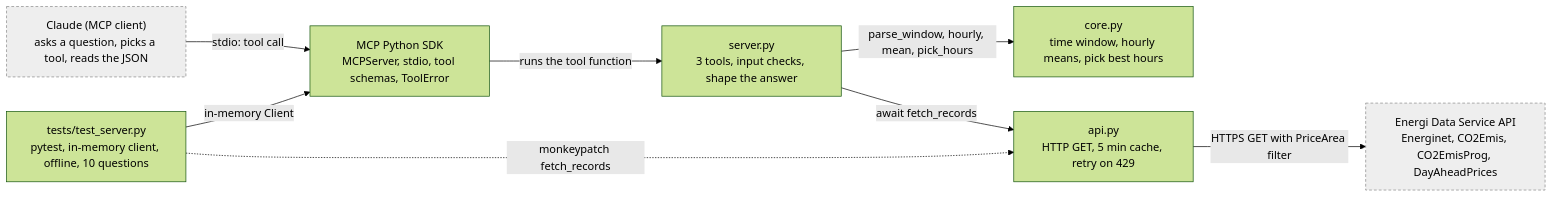
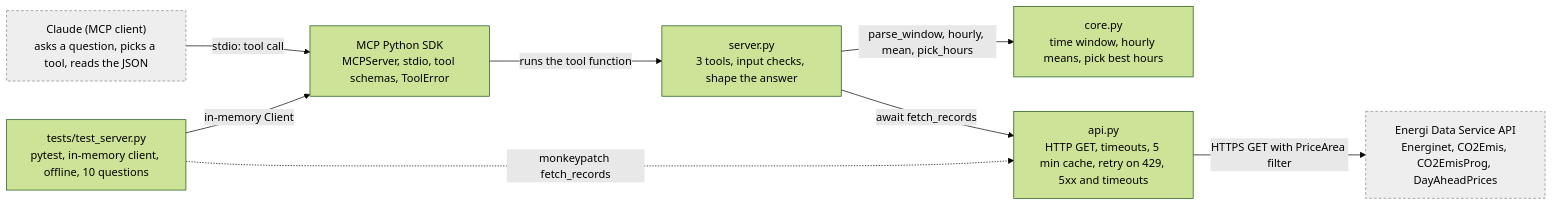
The diagram in README.md (batutho-dot/energidata-mcp), drawn with Mermaid (forest theme) before and after one commit. The commit also changed other lines of this file and 15 other files, not shown here.

````diff
--- a/README.md
+++ b/README.md
@@ -69,21 +106,21 @@
 ```mermaid
 flowchart LR
     client["Claude (MCP client)<br/>asks a question, picks a tool, reads the JSON"]
     sdk["MCP Python SDK<br/>MCPServer, stdio, tool schemas, ToolError"]
     server["server.py<br/>3 tools, input checks, shape the answer"]
     core["core.py<br/>time window, hourly means, pick best hours"]
-    api["api.py<br/>HTTP GET, 5 min cache, retry on 429"]
+    api["api.py<br/>HTTP GET, timeouts, 5 min cache, retry on 429, 5xx and timeouts"]
     ext["Energi Data Service API<br/>Energinet, CO2Emis, CO2EmisProg, DayAheadPrices"]
     tests["tests/test_server.py<br/>pytest, in-memory client, offline, 10 questions"]
 
     client -->|"stdio: tool call"| sdk
     sdk -->|"runs the tool function"| server
     server -->|"parse_window, hourly, mean, pick_hours"| core
     server -->|"await fetch_records"| api
     api -->|"HTTPS GET with PriceArea filter"| ext
     tests -->|"in-memory Client"| sdk
     tests -.->|"monkeypatch fetch_records"| api
 
     classDef outside fill:#eee,stroke:#888,stroke-dasharray: 4 3
     class client,ext outside
 ```
````
